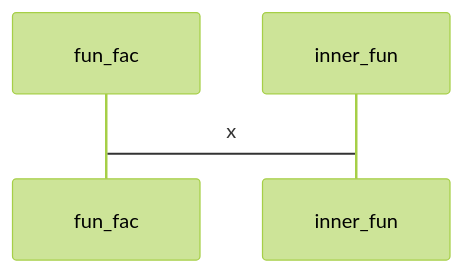
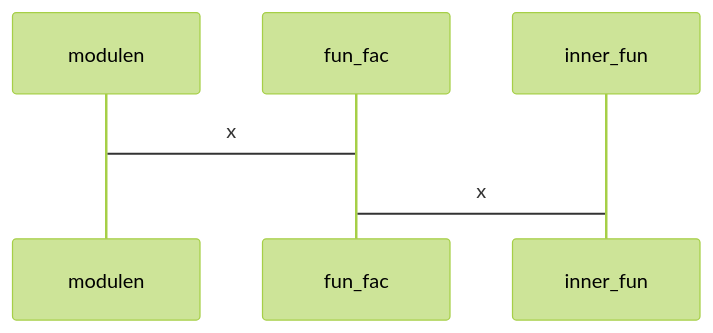
The fifth of 5 diagrams in ITINF24/lektion9/refs_scope.md (nackc8/py-live), drawn with Mermaid (forest theme) before and after one commit.

Commit message:
autocommit complete 1015 (31)

````diff
--- a/ITINF24/lektion9/refs_scope.md
+++ b/ITINF24/lektion9/refs_scope.md
@@ -89,6 +89,7 @@
 ```mermaid
 sequenceDiagram
+    modulen->fun_fac: x
     fun_fac->inner_fun: x
 
 
 ```
````
